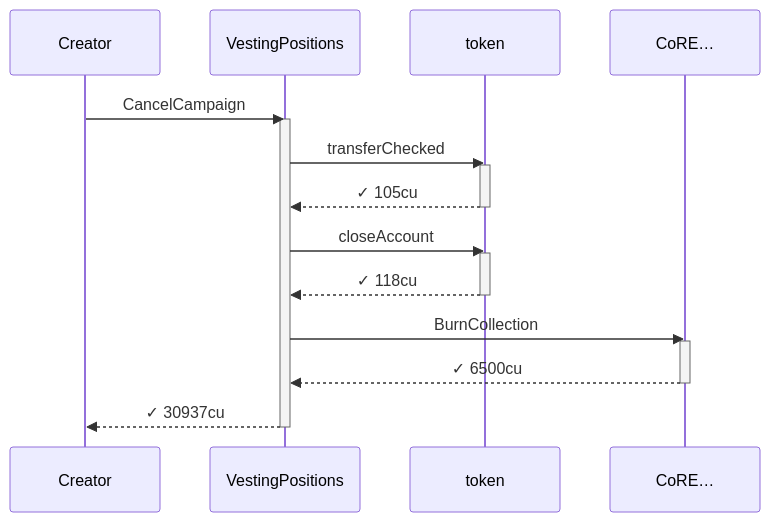
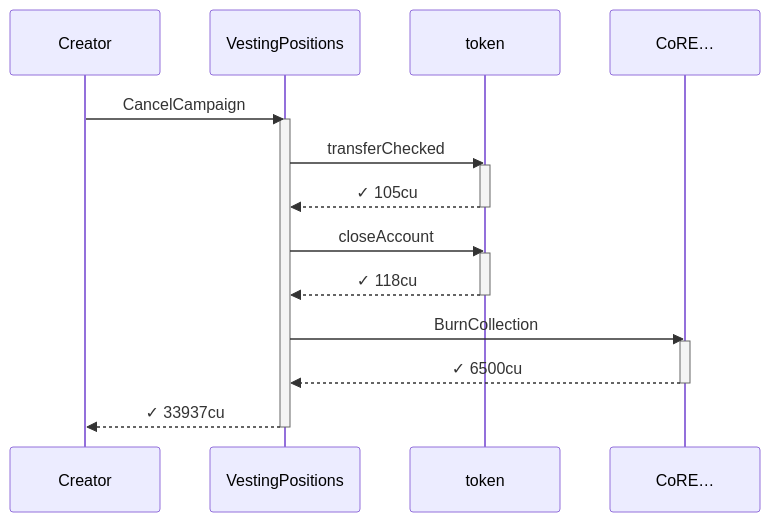
The fourth of 6 diagrams in babelfish-tests/test-report/cancel_campaign_returns_deposit_and_closes_accounts.md (cds-turbin3/vesting-position), drawn with Mermaid before and after one commit. The commit also changed other lines of this file and 106 other files, not shown here.

````diff
--- a/babelfish-tests/test-report/cancel_campaign_returns_deposit_and_closes_accounts.md
+++ b/babelfish-tests/test-report/cancel_campaign_returns_deposit_and_closes_accounts.md
@@ -201,23 +205,23 @@
 ```mermaid
 sequenceDiagram
     participant p0 as Creator
     participant p1 as VestingPositions
     participant p2 as token
     participant p3 as CoRE…
     p0->>p1: CancelCampaign
     activate p1
     p1->>p2: transferChecked
     activate p2
     p2-->>p1: ✓ 105cu
     deactivate p2
     p1->>p2: closeAccount
     activate p2
     p2-->>p1: ✓ 118cu
     deactivate p2
     p1->>p3: BurnCollection
     activate p3
     p3-->>p1: ✓ 6500cu
     deactivate p3
-    p1-->>p0: ✓ 30937cu
+    p1-->>p0: ✓ 33937cu
     deactivate p1
 ```
````
